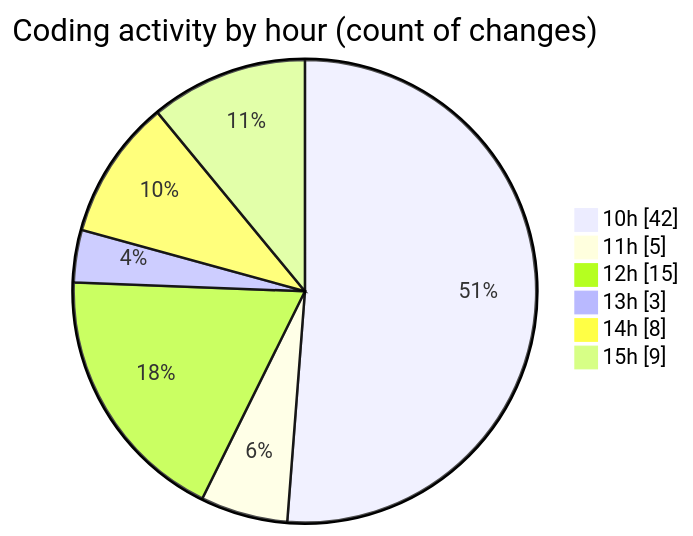
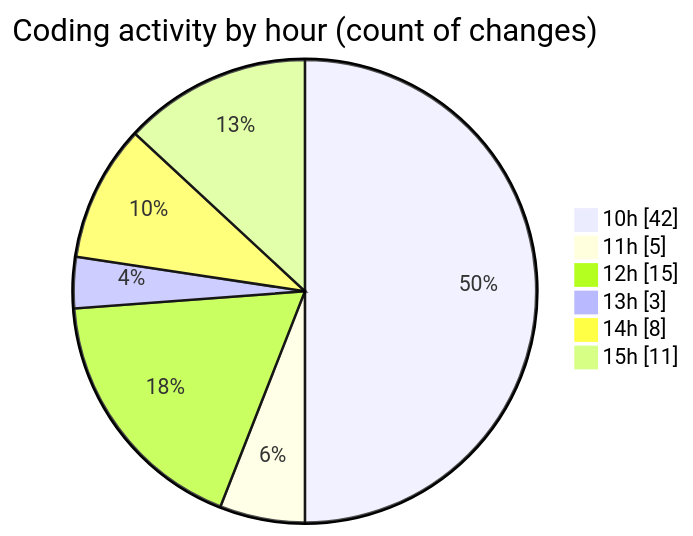
The second of 2 diagrams in 2025-08-04/nxtqube_webapp/README.md (nxtqubesakshisongat/code-tracking), drawn with Mermaid before and after one commit. The commit also changed other lines of this file and 1 other file, not shown here.

````diff
--- a/2025-08-04/nxtqube_webapp/README.md
+++ b/2025-08-04/nxtqube_webapp/README.md
@@ -35,10 +36,10 @@
 ```mermaid
 pie showData
 title Coding activity by hour (count of changes)
 "10h" : 42
 "11h" : 5
 "12h" : 15
 "13h" : 3
 "14h" : 8
-"15h" : 9
+"15h" : 11
 ```
````
